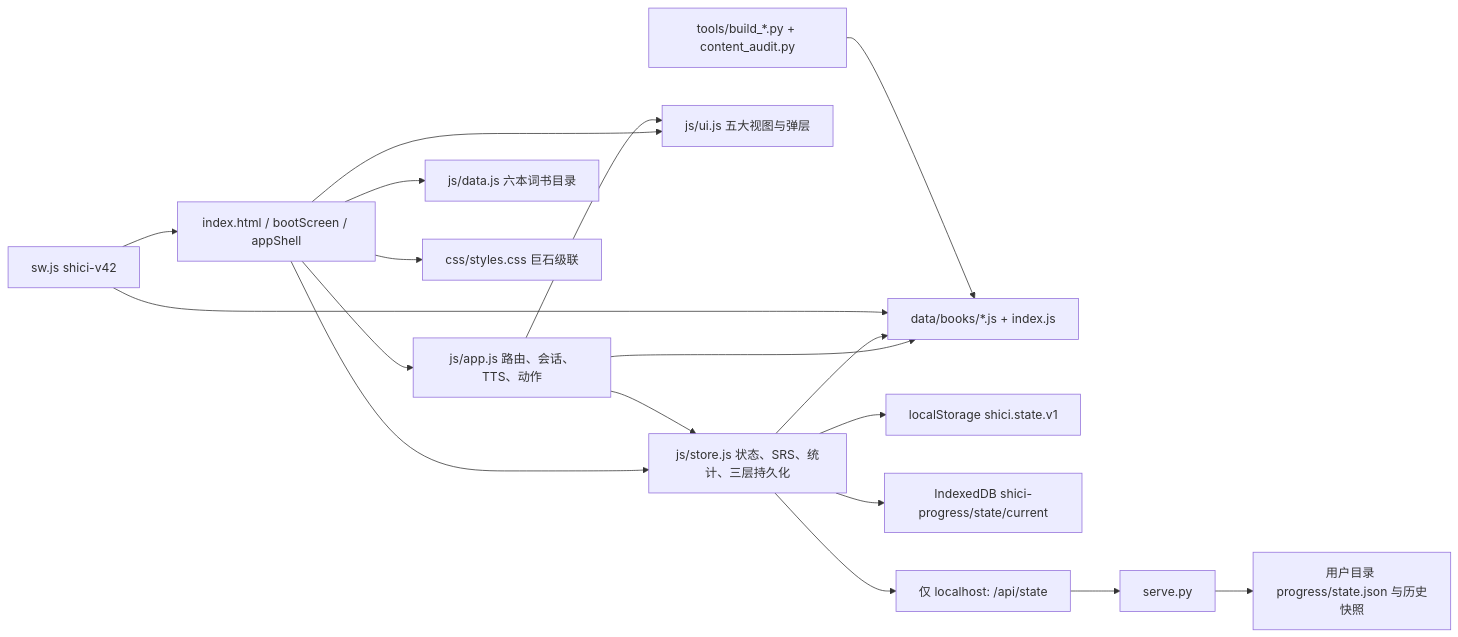
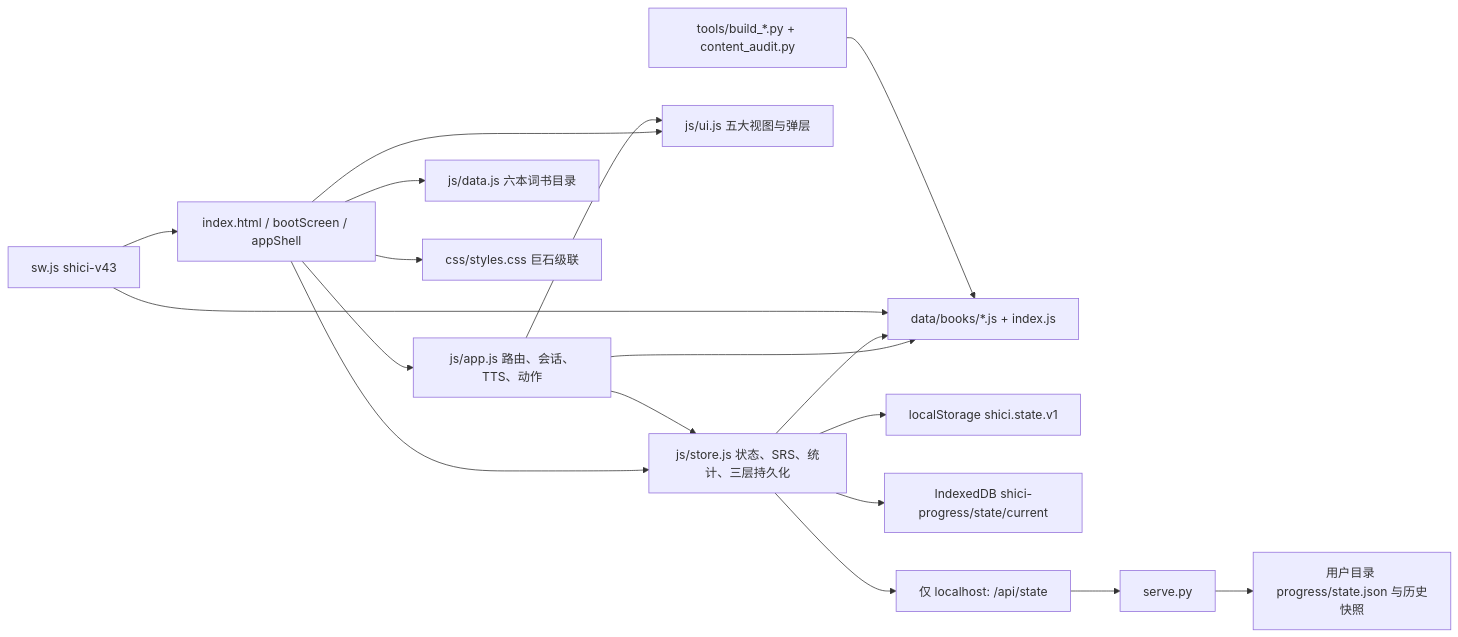
Before and after one commit to weijialiang2023/shici: the first of 7 diagrams in docs/system_design.md, drawn with Mermaid. The commit also changed other lines of this file and 15 other files, not shown here.

````diff
--- a/docs/system_design.md
+++ b/docs/system_design.md
@@ -11,20 +11,20 @@
 ```mermaid
 flowchart LR
     H[index.html / bootScreen / appShell] --> A[js/app.js 路由、会话、TTS、动作]
     H --> S[js/store.js 状态、SRS、统计、三层持久化]
     H --> U[js/ui.js 五大视图与弹层]
     H --> D[js/data.js 六本词书目录]
     H --> CSS[css/styles.css 巨石级联]
     A --> S
     A --> U
     A --> B[data/books/*.js + index.js]
     S --> B
     S --> L[localStorage shici.state.v1]
     S --> I[IndexedDB shici-progress/state/current]
     S --> API[仅 localhost: /api/state]
     API --> PY[serve.py]
     PY --> P[用户目录 progress/state.json 与历史快照]
-    SW[sw.js shici-v42] --> H
+    SW[sw.js shici-v43] --> H
     SW --> B
     ETL[tools/build_*.py + content_audit.py] --> B
 ```
````
